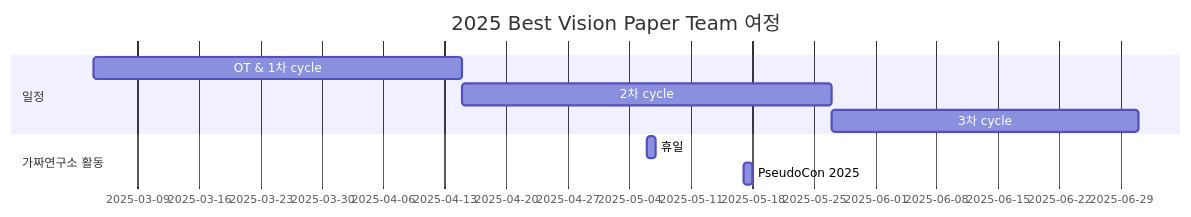
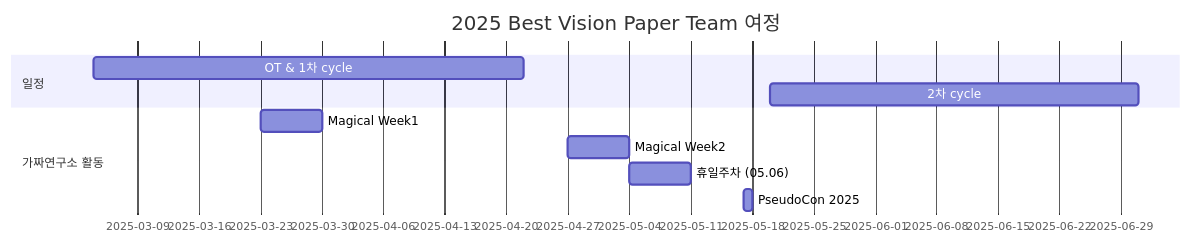
One commit to Pseudo-Lab/Best_Vision_Paper changed the diagram in README.md. Above: the diagram before and after it, drawn with Mermaid. The commit also changed other lines of this file, not shown here.

````diff
--- a/README.md
+++ b/README.md
@@ -86,12 +89,13 @@
 ```mermaid
 gantt
     title 2025 Best Vision Paper Team 여정
     section 일정    
-    OT & 1차 cycle       :a1, 2025-03-04, 42d
-    2차 cycle            :a1, 2025-04-15, 42d
-    3차 cycle            :a1, 2025-05-27, 35d
+    OT & 1차 cycle       :a1, 2025-03-04, 49d
+    2차 cycle            :a1, 2025-05-20, 42d    
     section 가짜연구소 활동
-    휴일: holiday, 2025-05-06, 1d
+    Magical Week1: 2025-03-23, 7d
+    Magical Week2: 2025-04-27, 7d
+    휴일주차 (05.06): holiday, 2025-05-04, 7d
     PseudoCon 2025     : conference, 2025-05-17, 1d
     
 ```
````
